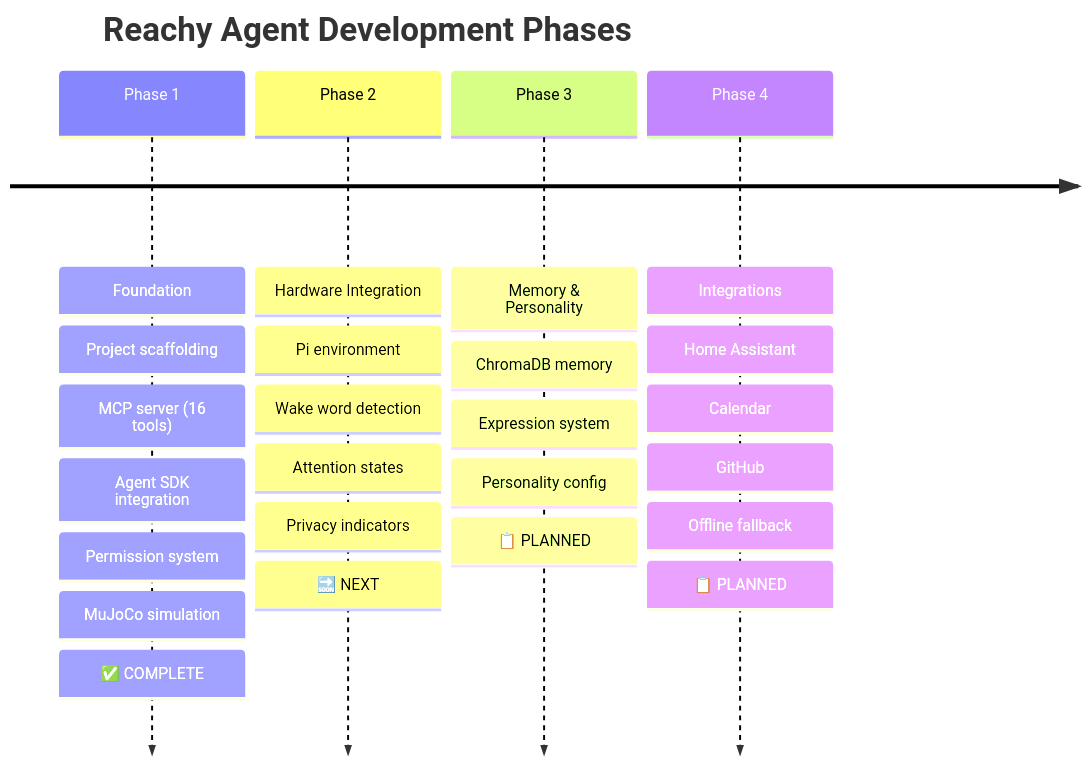
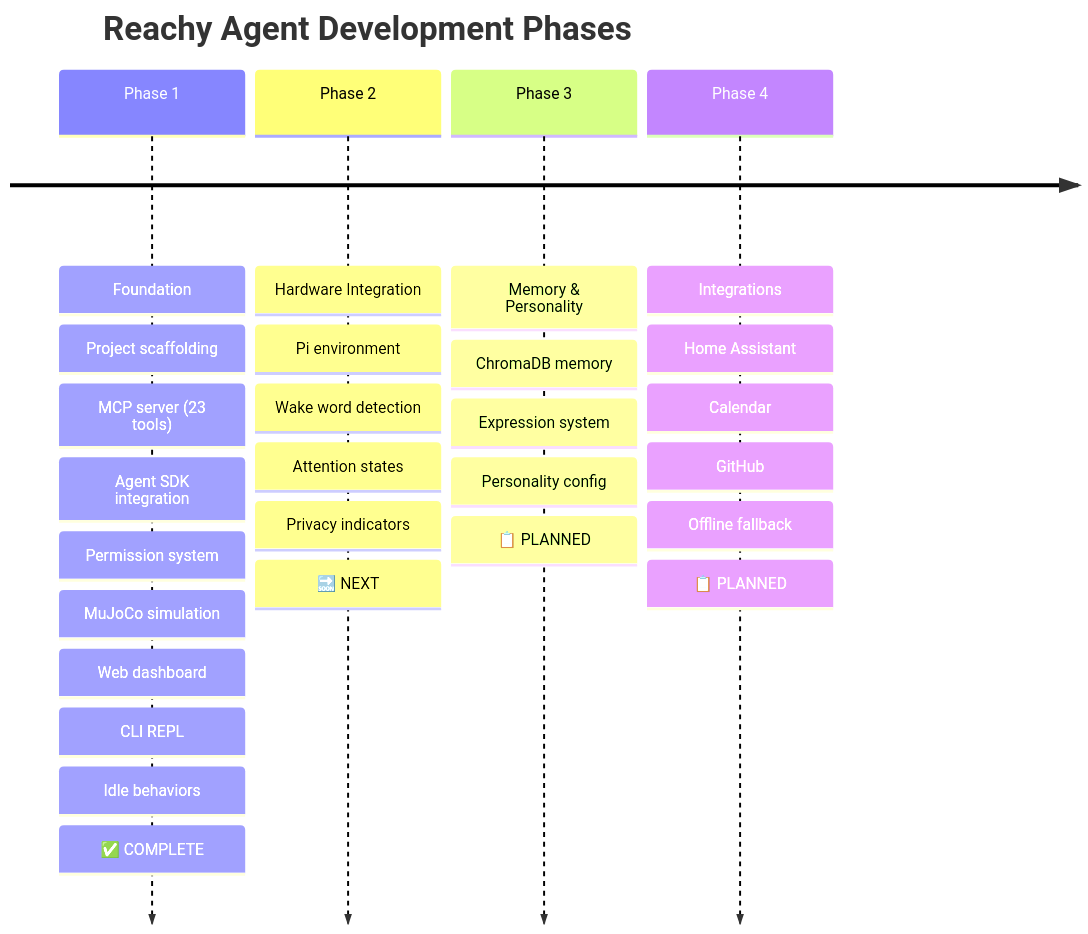
One commit to jawhnycooke/claude-in-the-shell changed the second of 2 diagrams in docs/README.md. Above: the diagram before and after it, drawn with Mermaid. The commit also changed other lines of this file and 3 other files, not shown here.

First line of the commit message:
docs: Update documentation to reflect 23-tool architecture

````diff
--- a/docs/README.md
+++ b/docs/README.md
@@ -82,32 +95,35 @@
 ```mermaid
 timeline
     title Reachy Agent Development Phases
 
     Phase 1 : Foundation
             : Project scaffolding
-            : MCP server (16 tools)
+            : MCP server (23 tools)
             : Agent SDK integration
             : Permission system
             : MuJoCo simulation
+            : Web dashboard
+            : CLI REPL
+            : Idle behaviors
             : ✅ COMPLETE
 
     Phase 2 : Hardware Integration
             : Pi environment
             : Wake word detection
             : Attention states
             : Privacy indicators
             : 🔜 NEXT
 
     Phase 3 : Memory & Personality
             : ChromaDB memory
             : Expression system
             : Personality config
             : 📋 PLANNED
 
     Phase 4 : Integrations
             : Home Assistant
             : Calendar
             : GitHub
             : Offline fallback
             : 📋 PLANNED
 ```
````
